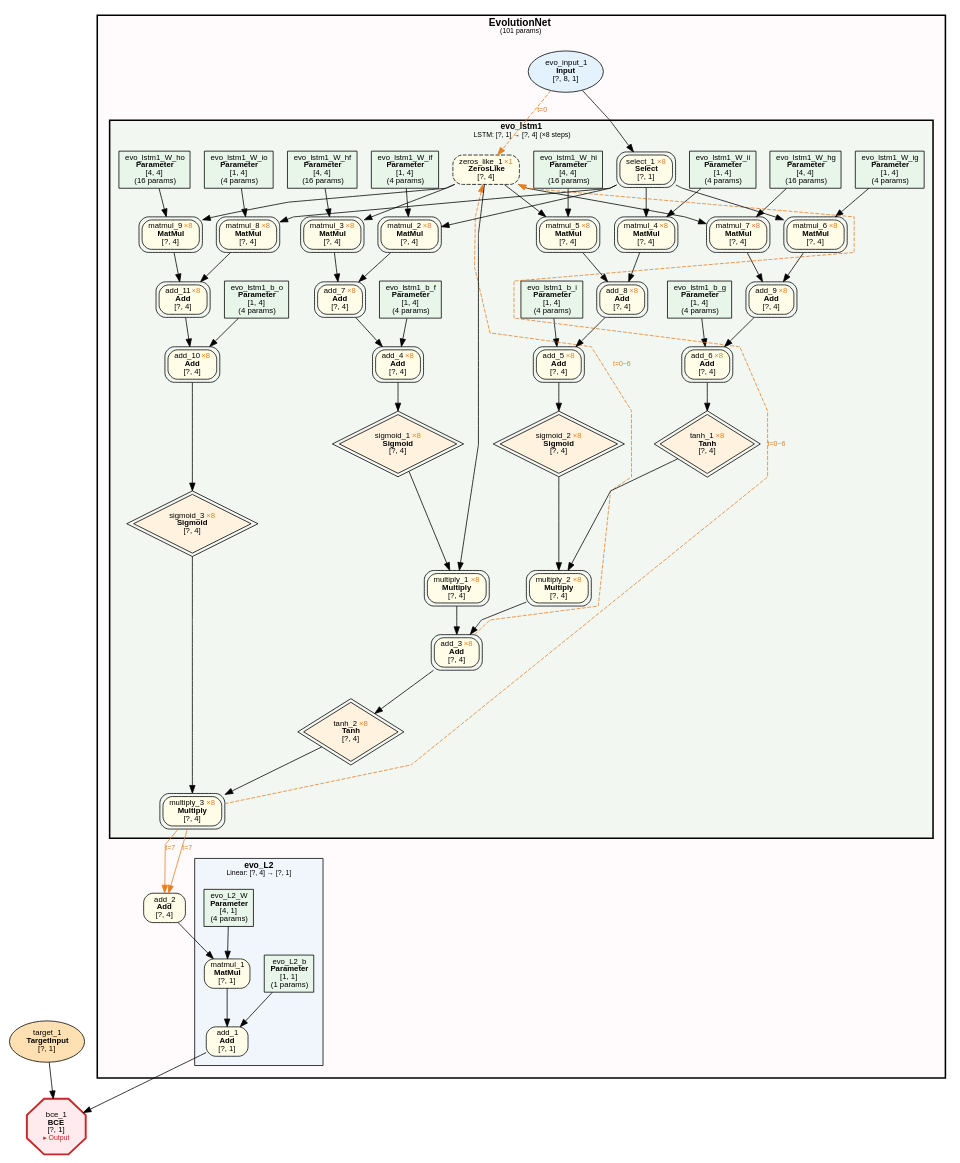
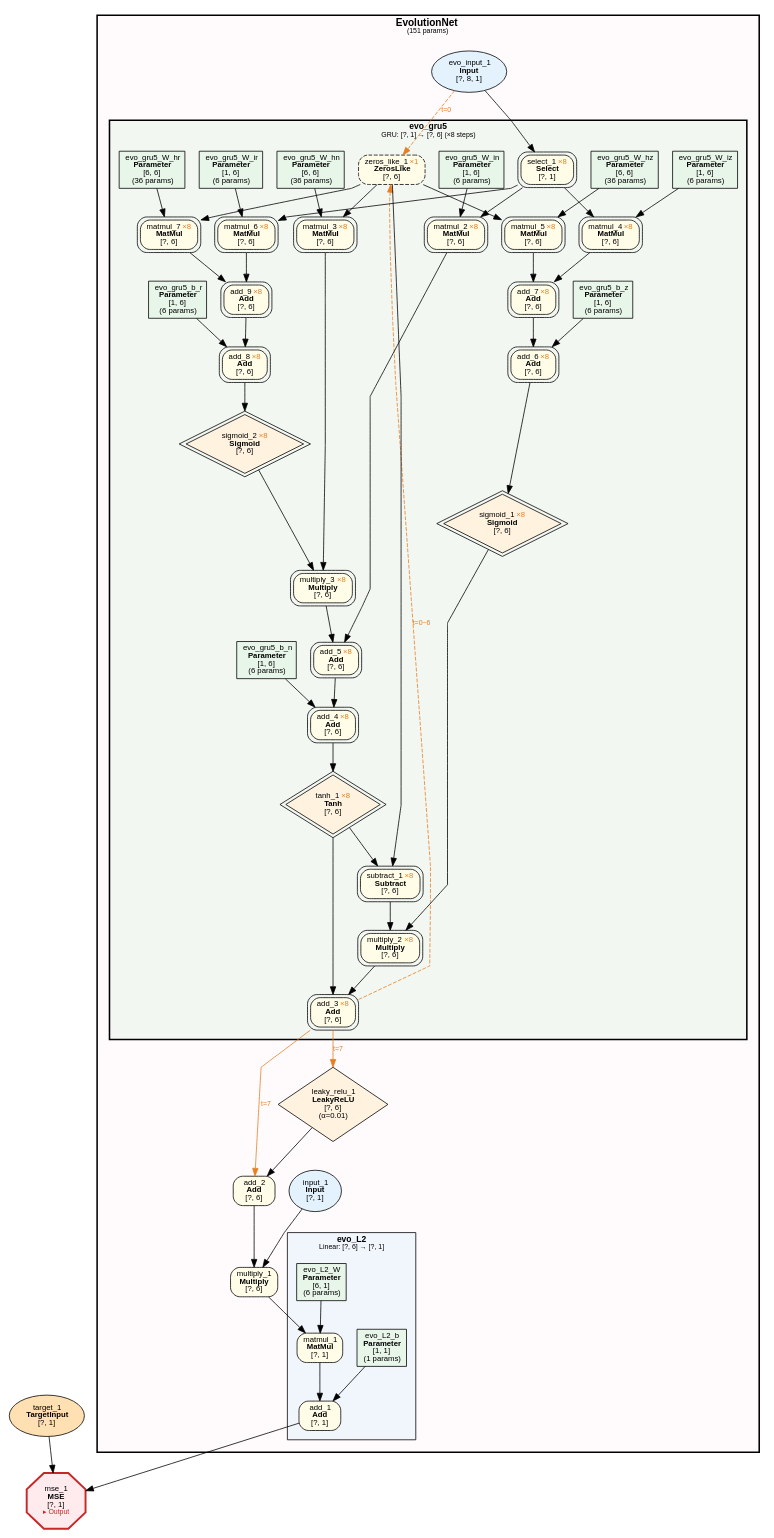
The diagram in examples/evolution_parity_seq/evolution_parity_seq.dot (dbsxdbsx/only_torch), drawn with Graphviz before and after one commit. The commit also changed 17 other files, not shown here.

```diff
--- a/examples/evolution_parity_seq/evolution_parity_seq.dot
+++ b/examples/evolution_parity_seq/evolution_parity_seq.dot
@@ -6,7 +6,7 @@
     edge [fontname="Microsoft YaHei,SimHei,Arial"];
 
     subgraph cluster_model_EvolutionNet {
-        label=<<B>EvolutionNet</B><BR/><FONT POINT-SIZE="9">(101 params)</FONT>>;
+        label=<<B>EvolutionNet</B><BR/><FONT POINT-SIZE="9">(151 params)</FONT>>;
         style="filled,bold";
         fillcolor="#FFEBEE40";
         fontname="Microsoft YaHei,SimHei,Arial";
@@ -14,7 +14,7 @@
         margin=16;
 
         subgraph cluster_EvolutionNet_evo_L2 {
-            label=<<B>evo_L2</B><BR/><FONT POINT-SIZE="9">Linear: [?, 4] → [?, 1]</FONT>>;
+            label=<<B>evo_L2</B><BR/><FONT POINT-SIZE="9">Linear: [?, 6] → [?, 1]</FONT>>;
             style=filled;
             fillcolor="#E3F2FD80";
             fontname="Microsoft YaHei,SimHei,Arial";
@@ -23,11 +23,11 @@
                 "2" [label=<add_1<BR/><B>Add</B><BR/>[?, 1]> shape=box style="filled,rounded" fillcolor="#FFFDE7" fontsize=10];
                 "4" [label=<matmul_1<BR/><B>MatMul</B><BR/>[?, 1]> shape=box style="filled,rounded" fillcolor="#FFFDE7" fontsize=10];
                 "5" [label=<evo_L2_b<BR/><B>Parameter</B><BR/>[1, 1]<BR/>(1 params)> shape=box style=filled fillcolor="#E8F5E9" fontsize=10];
-                "7" [label=<evo_L2_W<BR/><B>Parameter</B><BR/>[4, 1]<BR/>(4 params)> shape=box style=filled fillcolor="#E8F5E9" fontsize=10];
+                "7" [label=<evo_L2_W<BR/><B>Parameter</B><BR/>[6, 1]<BR/>(6 params)> shape=box style=filled fillcolor="#E8F5E9" fontsize=10];
         }
 
-        subgraph cluster_EvolutionNet_evo_lstm1 {
-            label=<<B>evo_lstm1</B><BR/><FONT POINT-SIZE="9">LSTM: [?, 1] → [?, 4] (×8 steps)</FONT>>;
+        subgraph cluster_EvolutionNet_evo_gru5 {
+            label=<<B>evo_gru5</B><BR/><FONT POINT-SIZE="9">GRU: [?, 1] → [?, 6] (×8 steps)</FONT>>;
             style="filled,bold";
             peripheries=3;
             penwidth=2;
@@ -35,52 +35,46 @@
             fontname="Microsoft YaHei,SimHei,Arial";
             fontsize=11;
             margin=12;
-                "8" [label=<evo_lstm1_b_o<BR/><B>Parameter</B><BR/>[1, 4]<BR/>(4 params)> shape=box style=filled fillcolor="#E8F5E9" fontsize=10];
-                "9" [label=<evo_lstm1_W_io<BR/><B>Parameter</B><BR/>[1, 4]<BR/>(4 params)> shape=box style=filled fillcolor="#E8F5E9" fontsize=10];
-                "10" [label=<evo_lstm1_W_ho<BR/><B>Parameter</B><BR/>[4, 4]<BR/>(16 params)> shape=box style=filled fillcolor="#E8F5E9" fontsize=10];
-                "12" [label=<evo_lstm1_b_f<BR/><B>Parameter</B><BR/>[1, 4]<BR/>(4 params)> shape=box style=filled fillcolor="#E8F5E9" fontsize=10];
-                "13" [label=<evo_lstm1_b_i<BR/><B>Parameter</B><BR/>[1, 4]<BR/>(4 params)> shape=box style=filled fillcolor="#E8F5E9" fontsize=10];
-                "14" [label=<evo_lstm1_b_g<BR/><B>Parameter</B><BR/>[1, 4]<BR/>(4 params)> shape=box style=filled fillcolor="#E8F5E9" fontsize=10];
-                "15" [label=<evo_lstm1_W_if<BR/><B>Parameter</B><BR/>[1, 4]<BR/>(4 params)> shape=box style=filled fillcolor="#E8F5E9" fontsize=10];
-                "16" [label=<evo_lstm1_W_hf<BR/><B>Parameter</B><BR/>[4, 4]<BR/>(16 params)> shape=box style=filled fillcolor="#E8F5E9" fontsize=10];
-                "17" [label=<evo_lstm1_W_ii<BR/><B>Parameter</B><BR/>[1, 4]<BR/>(4 params)> shape=box style=filled fillcolor="#E8F5E9" fontsize=10];
-                "18" [label=<evo_lstm1_W_hi<BR/><B>Parameter</B><BR/>[4, 4]<BR/>(16 params)> shape=box style=filled fillcolor="#E8F5E9" fontsize=10];
-                "19" [label=<evo_lstm1_W_ig<BR/><B>Parameter</B><BR/>[1, 4]<BR/>(4 params)> shape=box style=filled fillcolor="#E8F5E9" fontsize=10];
-                "20" [label=<evo_lstm1_W_hg<BR/><B>Parameter</B><BR/>[4, 4]<BR/>(16 params)> shape=box style=filled fillcolor="#E8F5E9" fontsize=10];
-                "21" [label=<add_3 <FONT COLOR="#E67E22">×8</FONT><BR/><B>Add</B><BR/>[?, 4]> shape=box style="filled,rounded" fillcolor="#FFFDE7" fontsize=10 peripheries=2];
-                "22" [label=<multiply_1 <FONT COLOR="#E67E22">×8</FONT><BR/><B>Multiply</B><BR/>[?, 4]> shape=box style="filled,rounded" fillcolor="#FFFDE7" fontsize=10 peripheries=2];
-                "23" [label=<multiply_2 <FONT COLOR="#E67E22">×8</FONT><BR/><B>Multiply</B><BR/>[?, 4]> shape=box style="filled,rounded" fillcolor="#FFFDE7" fontsize=10 peripheries=2];
-                "24" [label=<sigmoid_1 <FONT COLOR="#E67E22">×8</FONT><BR/><B>Sigmoid</B><BR/>[?, 4]> shape=diamond style=filled fillcolor="#FFF3E0" fontsize=10 peripheries=2];
-                "25" [label=<zeros_like_1 <FONT COLOR="#E67E22">×1</FONT><BR/><B>ZerosLike</B><BR/>[?, 4]> shape=box style="filled,rounded,dashed" fillcolor="#FFFDE7" fontsize=10];
-                "26" [label=<sigmoid_2 <FONT COLOR="#E67E22">×8</FONT><BR/><B>Sigmoid</B><BR/>[?, 4]> shape=diamond style=filled fillcolor="#FFF3E0" fontsize=10 peripheries=2];
-                "27" [label=<tanh_1 <FONT COLOR="#E67E22">×8</FONT><BR/><B>Tanh</B><BR/>[?, 4]> shape=diamond style=filled fillcolor="#FFF3E0" fontsize=10 peripheries=2];
-                "28" [label=<add_4 <FONT COLOR="#E67E22">×8</FONT><BR/><B>Add</B><BR/>[?, 4]> shape=box style="filled,rounded" fillcolor="#FFFDE7" fontsize=10 peripheries=2];
-                "29" [label=<add_5 <FONT COLOR="#E67E22">×8</FONT><BR/><B>Add</B><BR/>[?, 4]> shape=box style="filled,rounded" fillcolor="#FFFDE7" fontsize=10 peripheries=2];
-                "30" [label=<add_6 <FONT COLOR="#E67E22">×8</FONT><BR/><B>Add</B><BR/>[?, 4]> shape=box style="filled,rounded" fillcolor="#FFFDE7" fontsize=10 peripheries=2];
-                "31" [label=<multiply_3 <FONT COLOR="#E67E22">×8</FONT><BR/><B>Multiply</B><BR/>[?, 4]> shape=box style="filled,rounded" fillcolor="#FFFDE7" fontsize=10 peripheries=2];
-                "32" [label=<add_7 <FONT COLOR="#E67E22">×8</FONT><BR/><B>Add</B><BR/>[?, 4]> shape=box style="filled,rounded" fillcolor="#FFFDE7" fontsize=10 peripheries=2];
-                "33" [label=<add_8 <FONT COLOR="#E67E22">×8</FONT><BR/><B>Add</B><BR/>[?, 4]> shape=box style="filled,rounded" fillcolor="#FFFDE7" fontsize=10 peripheries=2];
-                "34" [label=<add_9 <FONT COLOR="#E67E22">×8</FONT><BR/><B>Add</B><BR/>[?, 4]> shape=box style="filled,rounded" fillcolor="#FFFDE7" fontsize=10 peripheries=2];
-                "35" [label=<sigmoid_3 <FONT COLOR="#E67E22">×8</FONT><BR/><B>Sigmoid</B><BR/>[?, 4]> shape=diamond style=filled fillcolor="#FFF3E0" fontsize=10 peripheries=2];
-                "36" [label=<tanh_2 <FONT COLOR="#E67E22">×8</FONT><BR/><B>Tanh</B><BR/>[?, 4]> shape=diamond style=filled fillcolor="#FFF3E0" fontsize=10 peripheries=2];
-                "37" [label=<matmul_2 <FONT COLOR="#E67E22">×8</FONT><BR/><B>MatMul</B><BR/>[?, 4]> shape=box style="filled,rounded" fillcolor="#FFFDE7" fontsize=10 peripheries=2];
-                "38" [label=<matmul_3 <FONT COLOR="#E67E22">×8</FONT><BR/><B>MatMul</B><BR/>[?, 4]> shape=box style="filled,rounded" fillcolor="#FFFDE7" fontsize=10 peripheries=2];
-                "39" [label=<matmul_4 <FONT COLOR="#E67E22">×8</FONT><BR/><B>MatMul</B><BR/>[?, 4]> shape=box style="filled,rounded" fillcolor="#FFFDE7" fontsize=10 peripheries=2];
-                "40" [label=<matmul_5 <FONT COLOR="#E67E22">×8</FONT><BR/><B>MatMul</B><BR/>[?, 4]> shape=box style="filled,rounded" fillcolor="#FFFDE7" fontsize=10 peripheries=2];
-                "41" [label=<matmul_6 <FONT COLOR="#E67E22">×8</FONT><BR/><B>MatMul</B><BR/>[?, 4]> shape=box style="filled,rounded" fillcolor="#FFFDE7" fontsize=10 peripheries=2];
-                "42" [label=<matmul_7 <FONT COLOR="#E67E22">×8</FONT><BR/><B>MatMul</B><BR/>[?, 4]> shape=box style="filled,rounded" fillcolor="#FFFDE7" fontsize=10 peripheries=2];
-                "43" [label=<add_10 <FONT COLOR="#E67E22">×8</FONT><BR/><B>Add</B><BR/>[?, 4]> shape=box style="filled,rounded" fillcolor="#FFFDE7" fontsize=10 peripheries=2];
-                "44" [label=<select_1 <FONT COLOR="#E67E22">×8</FONT><BR/><B>Select</B><BR/>[?, 1]> shape=box style="filled,rounded" fillcolor="#FFFDE7" fontsize=10 peripheries=2];
-                "45" [label=<add_11 <FONT COLOR="#E67E22">×8</FONT><BR/><B>Add</B><BR/>[?, 4]> shape=box style="filled,rounded" fillcolor="#FFFDE7" fontsize=10 peripheries=2];
-                "46" [label=<matmul_8 <FONT COLOR="#E67E22">×8</FONT><BR/><B>MatMul</B><BR/>[?, 4]> shape=box style="filled,rounded" fillcolor="#FFFDE7" fontsize=10 peripheries=2];
-                "47" [label=<matmul_9 <FONT COLOR="#E67E22">×8</FONT><BR/><B>MatMul</B><BR/>[?, 4]> shape=box style="filled,rounded" fillcolor="#FFFDE7" fontsize=10 peripheries=2];
+                "11" [label=<evo_gru5_b_n<BR/><B>Parameter</B><BR/>[1, 6]<BR/>(6 params)> shape=box style=filled fillcolor="#E8F5E9" fontsize=10];
+                "12" [label=<evo_gru5_b_z<BR/><B>Parameter</B><BR/>[1, 6]<BR/>(6 params)> shape=box style=filled fillcolor="#E8F5E9" fontsize=10];
+                "13" [label=<evo_gru5_W_in<BR/><B>Parameter</B><BR/>[1, 6]<BR/>(6 params)> shape=box style=filled fillcolor="#E8F5E9" fontsize=10];
+                "15" [label=<evo_gru5_W_hn<BR/><B>Parameter</B><BR/>[6, 6]<BR/>(36 params)> shape=box style=filled fillcolor="#E8F5E9" fontsize=10];
+                "16" [label=<evo_gru5_W_iz<BR/><B>Parameter</B><BR/>[1, 6]<BR/>(6 params)> shape=box style=filled fillcolor="#E8F5E9" fontsize=10];
+                "17" [label=<evo_gru5_W_hz<BR/><B>Parameter</B><BR/>[6, 6]<BR/>(36 params)> shape=box style=filled fillcolor="#E8F5E9" fontsize=10];
+                "18" [label=<evo_gru5_b_r<BR/><B>Parameter</B><BR/>[1, 6]<BR/>(6 params)> shape=box style=filled fillcolor="#E8F5E9" fontsize=10];
+                "19" [label=<evo_gru5_W_ir<BR/><B>Parameter</B><BR/>[1, 6]<BR/>(6 params)> shape=box style=filled fillcolor="#E8F5E9" fontsize=10];
+                "20" [label=<evo_gru5_W_hr<BR/><B>Parameter</B><BR/>[6, 6]<BR/>(36 params)> shape=box style=filled fillcolor="#E8F5E9" fontsize=10];
+                "21" [label=<add_3 <FONT COLOR="#E67E22">×8</FONT><BR/><B>Add</B><BR/>[?, 6]> shape=box style="filled,rounded" fillcolor="#FFFDE7" fontsize=10 peripheries=2];
+                "22" [label=<tanh_1 <FONT COLOR="#E67E22">×8</FONT><BR/><B>Tanh</B><BR/>[?, 6]> shape=diamond style=filled fillcolor="#FFF3E0" fontsize=10 peripheries=2];
+                "23" [label=<multiply_2 <FONT COLOR="#E67E22">×8</FONT><BR/><B>Multiply</B><BR/>[?, 6]> shape=box style="filled,rounded" fillcolor="#FFFDE7" fontsize=10 peripheries=2];
+                "24" [label=<add_4 <FONT COLOR="#E67E22">×8</FONT><BR/><B>Add</B><BR/>[?, 6]> shape=box style="filled,rounded" fillcolor="#FFFDE7" fontsize=10 peripheries=2];
+                "25" [label=<sigmoid_1 <FONT COLOR="#E67E22">×8</FONT><BR/><B>Sigmoid</B><BR/>[?, 6]> shape=diamond style=filled fillcolor="#FFF3E0" fontsize=10 peripheries=2];
+                "26" [label=<subtract_1 <FONT COLOR="#E67E22">×8</FONT><BR/><B>Subtract</B><BR/>[?, 6]> shape=box style="filled,rounded" fillcolor="#FFFDE7" fontsize=10 peripheries=2];
+                "27" [label=<add_5 <FONT COLOR="#E67E22">×8</FONT><BR/><B>Add</B><BR/>[?, 6]> shape=box style="filled,rounded" fillcolor="#FFFDE7" fontsize=10 peripheries=2];
+                "28" [label=<add_6 <FONT COLOR="#E67E22">×8</FONT><BR/><B>Add</B><BR/>[?, 6]> shape=box style="filled,rounded" fillcolor="#FFFDE7" fontsize=10 peripheries=2];
+                "29" [label=<zeros_like_1 <FONT COLOR="#E67E22">×1</FONT><BR/><B>ZerosLike</B><BR/>[?, 6]> shape=box style="filled,rounded,dashed" fillcolor="#FFFDE7" fontsize=10];
+                "30" [label=<matmul_2 <FONT COLOR="#E67E22">×8</FONT><BR/><B>MatMul</B><BR/>[?, 6]> shape=box style="filled,rounded" fillcolor="#FFFDE7" fontsize=10 peripheries=2];
+                "31" [label=<multiply_3 <FONT COLOR="#E67E22">×8</FONT><BR/><B>Multiply</B><BR/>[?, 6]> shape=box style="filled,rounded" fillcolor="#FFFDE7" fontsize=10 peripheries=2];
+                "32" [label=<add_7 <FONT COLOR="#E67E22">×8</FONT><BR/><B>Add</B><BR/>[?, 6]> shape=box style="filled,rounded" fillcolor="#FFFDE7" fontsize=10 peripheries=2];
+                "33" [label=<select_1 <FONT COLOR="#E67E22">×8</FONT><BR/><B>Select</B><BR/>[?, 1]> shape=box style="filled,rounded" fillcolor="#FFFDE7" fontsize=10 peripheries=2];
+                "34" [label=<sigmoid_2 <FONT COLOR="#E67E22">×8</FONT><BR/><B>Sigmoid</B><BR/>[?, 6]> shape=diamond style=filled fillcolor="#FFF3E0" fontsize=10 peripheries=2];
+                "35" [label=<matmul_3 <FONT COLOR="#E67E22">×8</FONT><BR/><B>MatMul</B><BR/>[?, 6]> shape=box style="filled,rounded" fillcolor="#FFFDE7" fontsize=10 peripheries=2];
+                "36" [label=<matmul_4 <FONT COLOR="#E67E22">×8</FONT><BR/><B>MatMul</B><BR/>[?, 6]> shape=box style="filled,rounded" fillcolor="#FFFDE7" fontsize=10 peripheries=2];
+                "37" [label=<matmul_5 <FONT COLOR="#E67E22">×8</FONT><BR/><B>MatMul</B><BR/>[?, 6]> shape=box style="filled,rounded" fillcolor="#FFFDE7" fontsize=10 peripheries=2];
+                "38" [label=<add_8 <FONT COLOR="#E67E22">×8</FONT><BR/><B>Add</B><BR/>[?, 6]> shape=box style="filled,rounded" fillcolor="#FFFDE7" fontsize=10 peripheries=2];
+                "39" [label=<add_9 <FONT COLOR="#E67E22">×8</FONT><BR/><B>Add</B><BR/>[?, 6]> shape=box style="filled,rounded" fillcolor="#FFFDE7" fontsize=10 peripheries=2];
+                "40" [label=<matmul_6 <FONT COLOR="#E67E22">×8</FONT><BR/><B>MatMul</B><BR/>[?, 6]> shape=box style="filled,rounded" fillcolor="#FFFDE7" fontsize=10 peripheries=2];
+                "41" [label=<matmul_7 <FONT COLOR="#E67E22">×8</FONT><BR/><B>MatMul</B><BR/>[?, 6]> shape=box style="filled,rounded" fillcolor="#FFFDE7" fontsize=10 peripheries=2];
         }
 
-        "6" [label=<add_2<BR/><B>Add</B><BR/>[?, 4]> shape=box style="filled,rounded" fillcolor="#FFFDE7" fontsize=10];
-        "11" [label=<evo_input_1<BR/><B>Input</B><BR/>[?, 8, 1]> shape=ellipse style=filled fillcolor="#E3F2FD" fontsize=10];
+        "6" [label=<multiply_1<BR/><B>Multiply</B><BR/>[?, 6]> shape=box style="filled,rounded" fillcolor="#FFFDE7" fontsize=10];
+        "8" [label=<add_2<BR/><B>Add</B><BR/>[?, 6]> shape=box style="filled,rounded" fillcolor="#FFFDE7" fontsize=10];
+        "9" [label=<input_1<BR/><B>Input</B><BR/>[?, 1]> shape=ellipse style=filled fillcolor="#E3F2FD" fontsize=10];
+        "10" [label=<leaky_relu_1<BR/><B>LeakyReLU</B><BR/>[?, 6]<BR/>(α=0.01)> shape=diamond style=filled fillcolor="#FFF3E0" fontsize=10];
+        "14" [label=<evo_input_1<BR/><B>Input</B><BR/>[?, 8, 1]> shape=ellipse style=filled fillcolor="#E3F2FD" fontsize=10];
     }
 
-    "1" [label=<bce_1<BR/><B>BCE</B><BR/>[?, 1]<BR/><FONT COLOR="#C62828" POINT-SIZE="9">▸ Output</FONT>> shape=octagon style=filled fillcolor="#FFEBEE" fontsize=10 penwidth=2.5 color="#C62828"];
+    "1" [label=<mse_1<BR/><B>MSE</B><BR/>[?, 1]<BR/><FONT COLOR="#C62828" POINT-SIZE="9">▸ Output</FONT>> shape=octagon style=filled fillcolor="#FFEBEE" fontsize=10 penwidth=2.5 color="#C62828"];
     "3" [label=<target_1<BR/><B>TargetInput</B><BR/>[?, 1]> shape=ellipse style=filled fillcolor="#FFE0B2" fontsize=10];
 
     "2" -> "1";
@@ -89,55 +83,47 @@
     "5" -> "2";
     "6" -> "4";
     "7" -> "4";
-    "31" -> "6" [ color="#E67E22" label=<t=7> fontcolor="#E67E22" fontsize=9];
-    "31" -> "6" [ color="#E67E22" label=<t=7> fontcolor="#E67E22" fontsize=9];
+    "8" -> "6";
+    "9" -> "6";
+    "10" -> "8";
+    "21" -> "8" [ color="#E67E22" label=<t=7> fontcolor="#E67E22" fontsize=9];
+    "21" -> "10" [ color="#E67E22" label=<t=7> fontcolor="#E67E22" fontsize=9];
     "22" -> "21";
     "23" -> "21";
     "24" -> "22";
-    "25" -> "22";
+    "25" -> "23";
     "26" -> "23";
-    "27" -> "23";
-    "28" -> "24";
-    "11" -> "25" [ style=dashed color="#E67E22" label=<t=0> fontcolor="#E67E22" fontsize=9];
+    "27" -> "24";
+    "11" -> "24";
+    "28" -> "25";
     "29" -> "26";
+    "22" -> "26";
     "30" -> "27";
+    "31" -> "27";
     "32" -> "28";
     "12" -> "28";
-    "33" -> "29";
-    "13" -> "29";
-    "34" -> "30";
-    "14" -> "30";
+    "14" -> "29" [ style=dashed color="#E67E22" label=<t=0> fontcolor="#E67E22" fontsize=9];
+    "33" -> "30";
+    "13" -> "30";
+    "34" -> "31";
     "35" -> "31";
-    "36" -> "31";
+    "36" -> "32";
     "37" -> "32";
-    "38" -> "32";
-    "39" -> "33";
-    "40" -> "33";
-    "41" -> "34";
-    "42" -> "34";
-    "43" -> "35";
-    "21" -> "36";
-    "44" -> "37";
-    "15" -> "37";
-    "25" -> "38";
-    "16" -> "38";
-    "44" -> "39";
-    "17" -> "39";
-    "25" -> "40";
-    "18" -> "40";
-    "44" -> "41";
-    "19" -> "41";
-    "25" -> "42";
-    "20" -> "42";
-    "45" -> "43";
-    "8" -> "43";
-    "11" -> "44";
-    "46" -> "45";
-    "47" -> "45";
-    "44" -> "46";
-    "9" -> "46";
-    "25" -> "47";
-    "10" -> "47";
-    "31" -> "25" [style=dashed color="#E67E22" label=<t=0~6> fontcolor="#E67E22" fontsize=9 constraint=false];
-    "21" -> "25" [style=dashed color="#E67E22" label=<t=0~6> fontcolor="#E67E22" fontsize=9 constraint=false];
+    "14" -> "33";
+    "38" -> "34";
+    "29" -> "35";
+    "15" -> "35";
+    "33" -> "36";
+    "16" -> "36";
+    "29" -> "37";
+    "17" -> "37";
+    "39" -> "38";
+    "18" -> "38";
+    "40" -> "39";
+    "41" -> "39";
+    "33" -> "40";
+    "19" -> "40";
+    "29" -> "41";
+    "20" -> "41";
+    "21" -> "29" [style=dashed color="#E67E22" label=<t=0~6> fontcolor="#E67E22" fontsize=9 constraint=false];
 }
```
